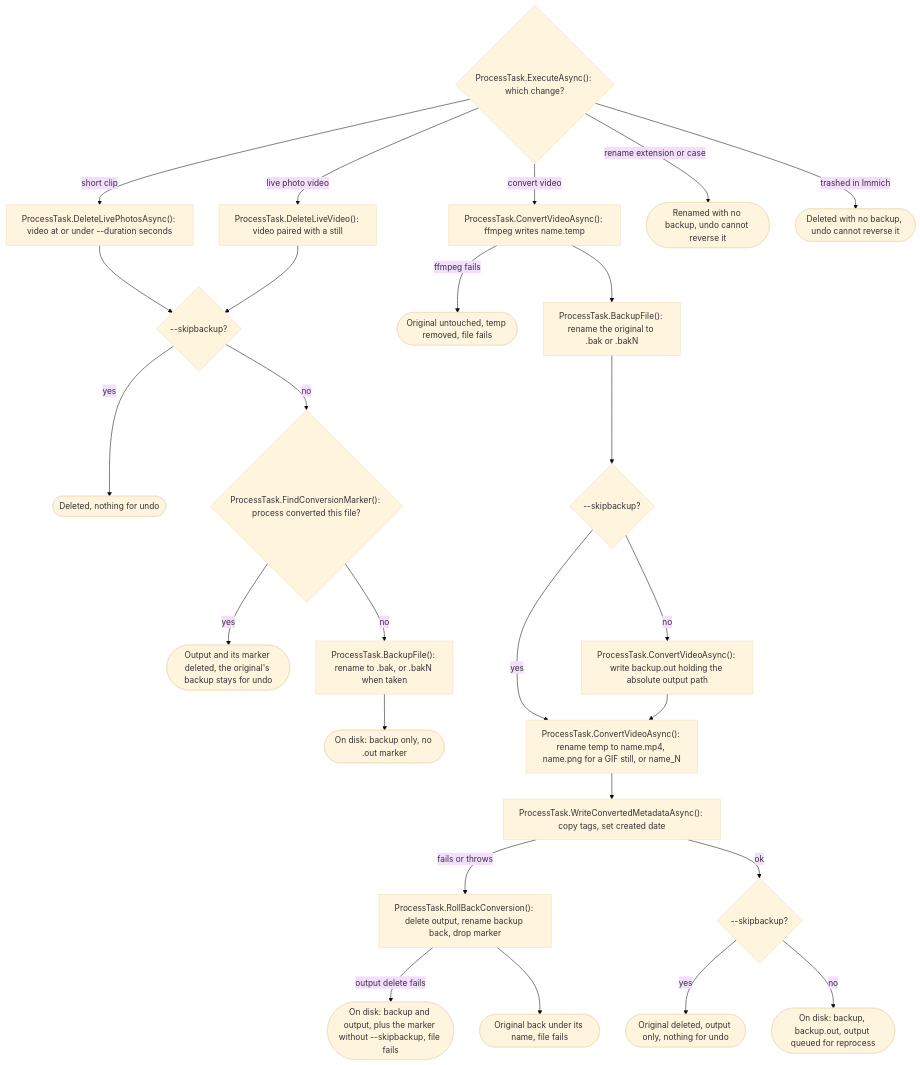
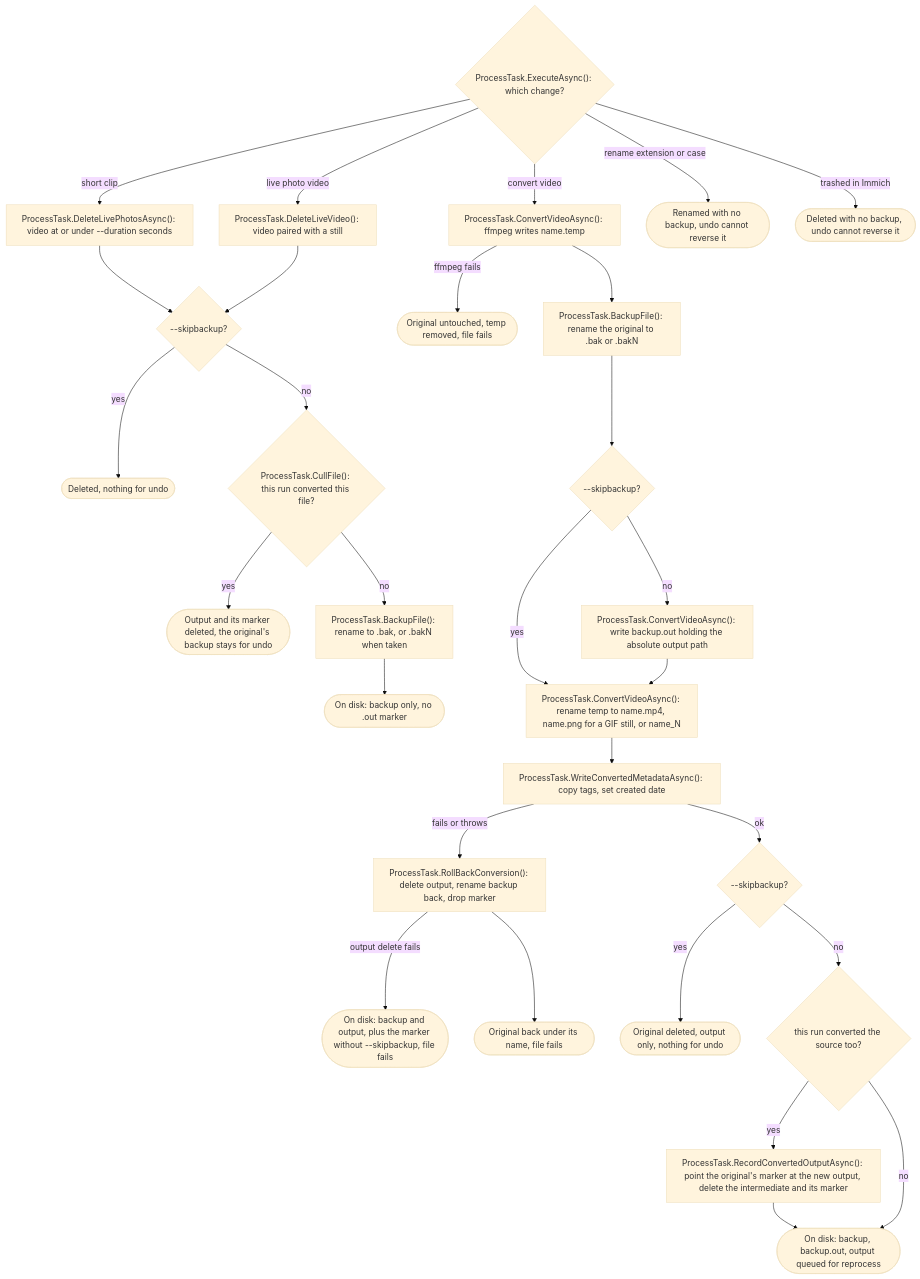
Diagram 18 of 23 in ARCHITECTURE.md (ptr727/PhotoCleaner), drawn with Mermaid (base theme) before and after one commit. The commit also changed other lines of this file and 4 other files, not shown here.

First line of the commit message:
Cull Only Outputs This Run Converted, and Keep One Marker per Chain

````diff
--- a/ARCHITECTURE.md
+++ b/ARCHITECTURE.md
@@ -946,29 +946,32 @@
 ```mermaid
 flowchart TD
   P1{"ProcessTask.ExecuteAsync(): which change?"}
   P1 -->|"short clip"| P2["ProcessTask.DeleteLivePhotosAsync(): video at or under --duration seconds"]
   P1 -->|"live photo video"| P3["ProcessTask.DeleteLiveVideo(): video paired with a still"]
   P2 --> P4{"--skipbackup?"}
   P3 --> P4
   P4 -->|"yes"| P5(["Deleted, nothing for undo"])
-  P4 -->|"no"| P4a{"ProcessTask.FindConversionMarker(): process converted this file?"}
+  P4 -->|"no"| P4a{"ProcessTask.CullFile(): this run converted this file?"}
   P4a -->|"yes"| P4b(["Output and its marker deleted, the original's backup stays for undo"])
   P4a -->|"no"| P6["ProcessTask.BackupFile(): rename to .bak, or .bakN when taken"]
   P6 --> P7(["On disk: backup only, no .out marker"])
   P1 -->|"convert video"| P8["ProcessTask.ConvertVideoAsync(): ffmpeg writes name.temp"]
   P8 -->|"ffmpeg fails"| P9(["Original untouched, temp removed, file fails"])
   P8 --> P10["ProcessTask.BackupFile(): rename the original to .bak or .bakN"]
   P10 --> P11{"--skipbackup?"}
   P11 -->|"no"| P12["ProcessTask.ConvertVideoAsync(): write backup.out holding the absolute output path"]
   P11 -->|"yes"| P13
   P12 --> P13["ProcessTask.ConvertVideoAsync(): rename temp to name.mp4, name.png for a GIF still, or name_N"]
   P13 --> P14["ProcessTask.WriteConvertedMetadataAsync(): copy tags, set created date"]
   P14 -->|"fails or throws"| P15["ProcessTask.RollBackConversion(): delete output, rename backup back, drop marker"]
   P15 -->|"output delete fails"| P16(["On disk: backup and output, plus the marker without --skipbackup, file fails"])
   P15 --> P17(["Original back under its name, file fails"])
   P14 -->|"ok"| P18{"--skipbackup?"}
   P18 -->|"yes"| P19(["Original deleted, output only, nothing for undo"])
-  P18 -->|"no"| P20(["On disk: backup, backup.out, output queued for reprocess"])
+  P18 -->|"no"| P18a{"this run converted the source too?"}
+  P18a -->|"yes"| P18b["ProcessTask.RecordConvertedOutputAsync(): point the original's marker at the new output, delete the intermediate and its marker"]
+  P18b --> P20
+  P18a -->|"no"| P20(["On disk: backup, backup.out, output queued for reprocess"])
   P1 -->|"rename extension or case"| P21(["Renamed with no backup, undo cannot reverse it"])
   P1 -->|"trashed in Immich"| P22(["Deleted with no backup, undo cannot reverse it"])
 ```
````
